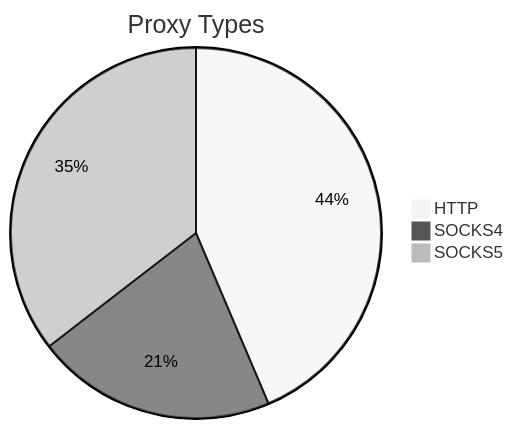
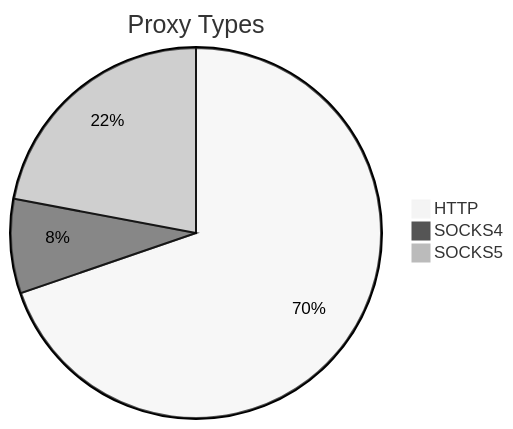
The first of 2 diagrams in README.md (stormsia/proxy-list), drawn with Mermaid (neutral theme) before and after one commit. The commit also changed other lines of this file, not shown here.

````diff
--- a/README.md
+++ b/README.md
@@ -21,6 +21,6 @@
 ```mermaid
 pie title Proxy Types
-    "HTTP" : 75
-    "SOCKS4" : 36
-    "SOCKS5" : 61
+    "HTTP" : 212
+    "SOCKS4" : 25
+    "SOCKS5" : 67
 ```
````
